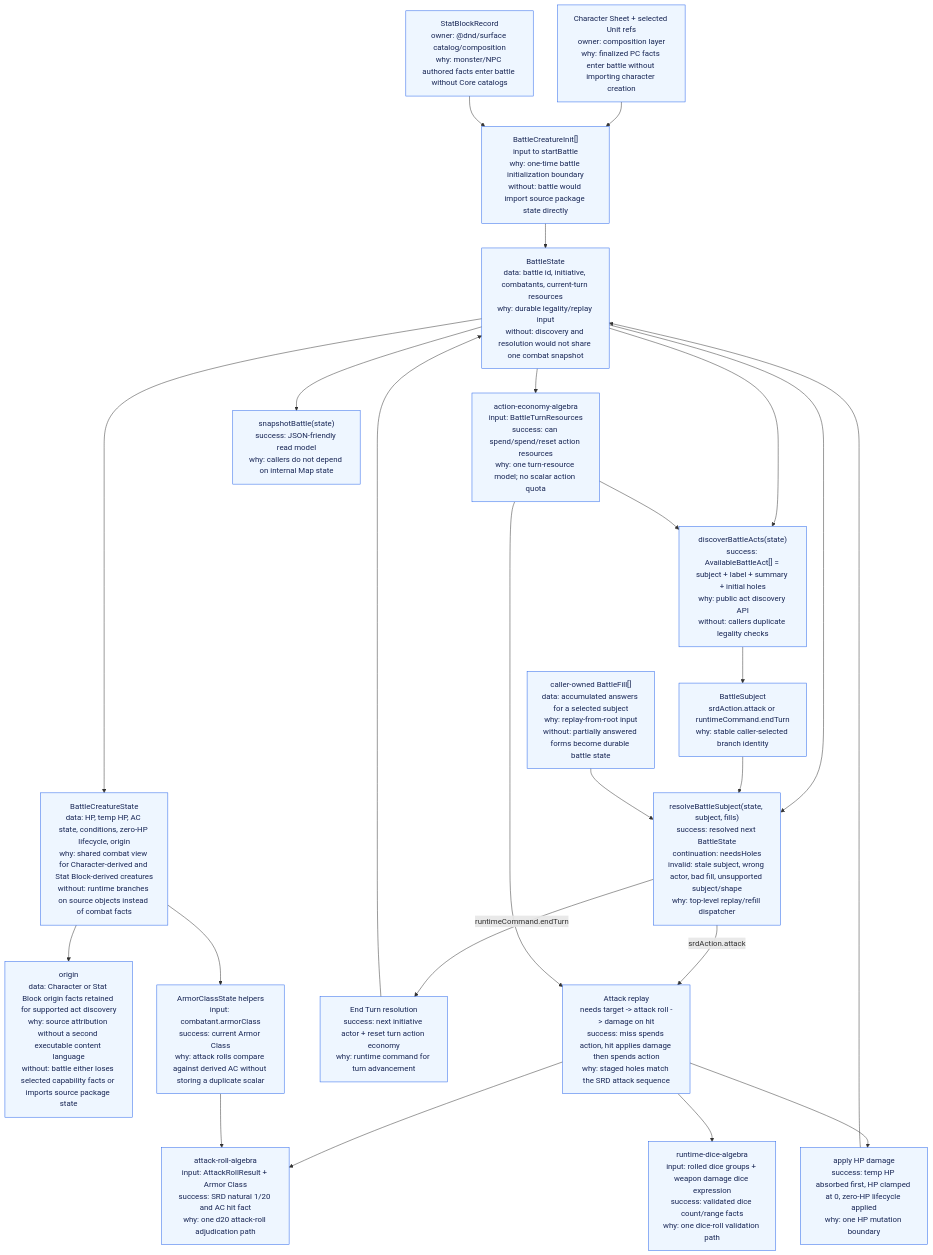
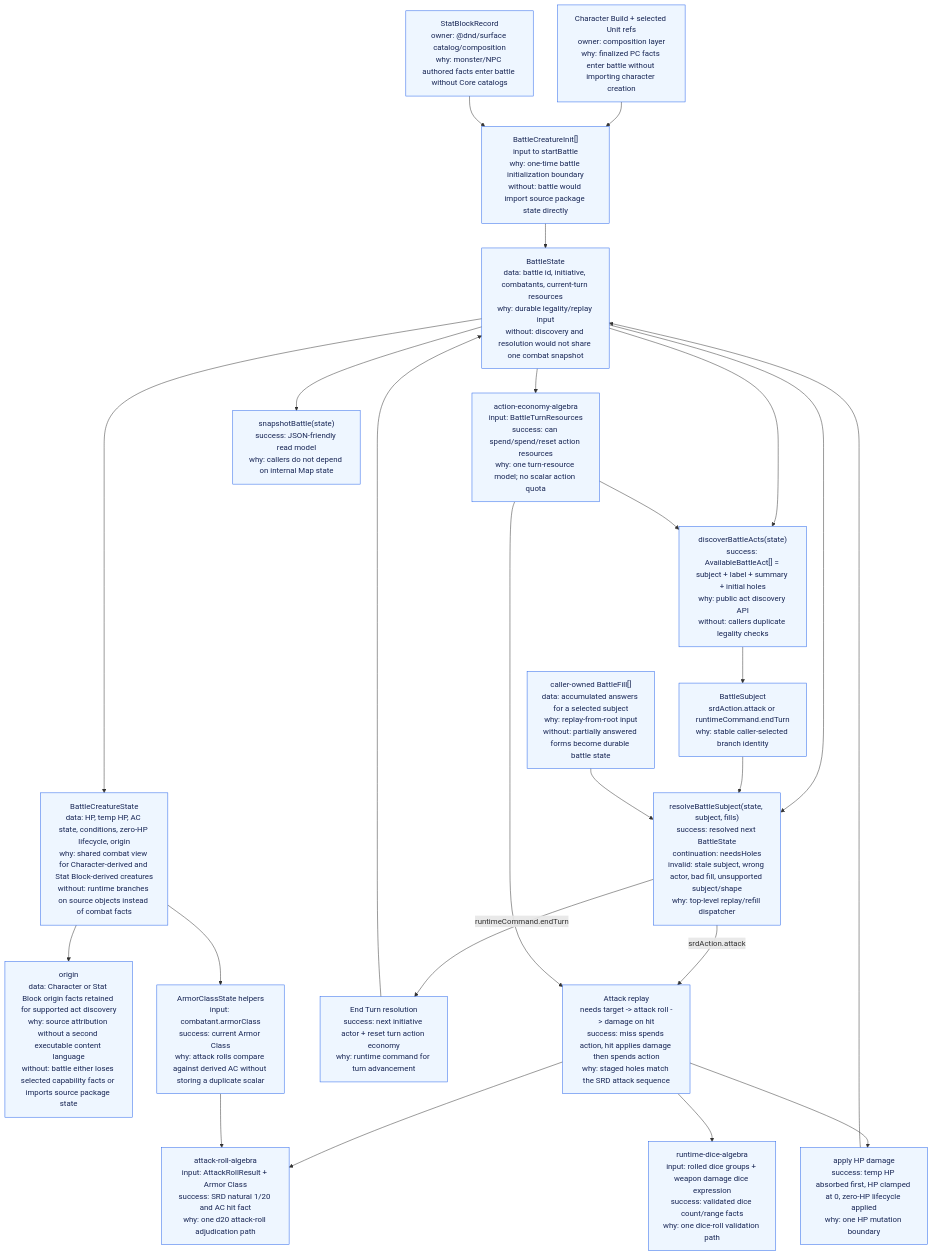
The first of 2 diagrams in packages/battle-runtime/ARCHITECTURE_GRAPH.md (dearlordylord/5e-quint), drawn with Mermaid before and after one commit. The commit also changed 16 other files, not shown here.

Commit message:
Resolve FX014 character build boundary

````diff
--- a/packages/battle-runtime/ARCHITECTURE_GRAPH.md
+++ b/packages/battle-runtime/ARCHITECTURE_GRAPH.md
@@ -13,44 +13,44 @@
 ```mermaid
 flowchart TD
-  CharacterSheet["Character Sheet + selected Unit refs<br/>owner: composition layer<br/>why: finalized PC facts enter battle without importing character creation"]
+  CharacterBuild["Character Build + selected Unit refs<br/>owner: composition layer<br/>why: finalized PC facts enter battle without importing character creation"]
   StatBlock["StatBlockRecord<br/>owner: @dnd/surface catalog/composition<br/>why: monster/NPC authored facts enter battle without Core catalogs"]
   Init["BattleCreatureInit[]<br/>input to startBattle<br/>why: one-time battle initialization boundary<br/>without: battle would import source package state directly"]
   State["BattleState<br/>data: battle id, initiative, combatants, current-turn resources<br/>why: durable legality/replay input<br/>without: discovery and resolution would not share one combat snapshot"]
   Creature["BattleCreatureState<br/>data: HP, temp HP, AC state, conditions, zero-HP lifecycle, origin<br/>why: shared combat view for Character-derived and Stat Block-derived creatures<br/>without: runtime branches on source objects instead of combat facts"]
   Origin["origin<br/>data: Character or Stat Block origin facts retained for supported act discovery<br/>why: source attribution without a second executable content language<br/>without: battle either loses selected capability facts or imports source package state"]
   ArmorClass["ArmorClassState helpers<br/>input: combatant.armorClass<br/>success: current Armor Class<br/>why: attack rolls compare against derived AC without storing a duplicate scalar"]
   ActionEconomy["action-economy-algebra<br/>input: BattleTurnResources<br/>success: can spend/spend/reset action resources<br/>why: one turn-resource model; no scalar action quota"]
   AttackRoll["attack-roll-algebra<br/>input: AttackRollResult + Armor Class<br/>success: SRD natural 1/20 and AC hit fact<br/>why: one d20 attack-roll adjudication path"]
   RuntimeDice["runtime-dice-algebra<br/>input: rolled dice groups + weapon damage dice expression<br/>success: validated dice count/range facts<br/>why: one dice-roll validation path"]
   Discover["discoverBattleActs(state)<br/>success: AvailableBattleAct[] = subject + label + summary + initial holes<br/>why: public act discovery API<br/>without: callers duplicate legality checks"]
   Subject["BattleSubject<br/>srdAction.attack or runtimeCommand.endTurn<br/>why: stable caller-selected branch identity"]
   FillSession["caller-owned BattleFill[]<br/>data: accumulated answers for a selected subject<br/>why: replay-from-root input<br/>without: partially answered forms become durable battle state"]
   Resolve["resolveBattleSubject(state, subject, fills)<br/>success: resolved next BattleState<br/>continuation: needsHoles<br/>invalid: stale subject, wrong actor, bad fill, unsupported subject/shape<br/>why: top-level replay/refill dispatcher"]
   EndTurn["End Turn resolution<br/>success: next initiative actor + reset turn action economy<br/>why: runtime command for turn advancement"]
   AttackReplay["Attack replay<br/>needs target -> attack roll -> damage on hit<br/>success: miss spends action, hit applies damage then spends action<br/>why: staged holes match the SRD attack sequence"]
   Damage["apply HP damage<br/>success: temp HP absorbed first, HP clamped at 0, zero-HP lifecycle applied<br/>why: one HP mutation boundary"]
   Snapshot["snapshotBattle(state)<br/>success: JSON-friendly read model<br/>why: callers do not depend on internal Map state"]
 
-  CharacterSheet --> Init
+  CharacterBuild --> Init
   StatBlock --> Init
   Init --> State --> Creature
   Creature --> Origin
   Creature --> ArmorClass
   State --> ActionEconomy
   State --> Discover --> Subject
   State --> Snapshot
   State --> Resolve
   Subject --> Resolve
   FillSession --> Resolve
   Resolve -->|runtimeCommand.endTurn| EndTurn --> State
   Resolve -->|srdAction.attack| AttackReplay
   AttackReplay --> AttackRoll
   AttackReplay --> RuntimeDice
   AttackReplay --> Damage --> State
   ArmorClass --> AttackRoll
   ActionEconomy --> Discover
   ActionEconomy --> AttackReplay
 
   classDef implemented fill:#eef6ff,stroke:#2563eb,color:#172554;
-  class CharacterSheet,StatBlock,Init,State,Creature,Origin,ArmorClass,ActionEconomy,AttackRoll,RuntimeDice,Discover,Subject,FillSession,Resolve,EndTurn,AttackReplay,Damage,Snapshot implemented;
+  class CharacterBuild,StatBlock,Init,State,Creature,Origin,ArmorClass,ActionEconomy,AttackRoll,RuntimeDice,Discover,Subject,FillSession,Resolve,EndTurn,AttackReplay,Damage,Snapshot implemented;
 ```
````
